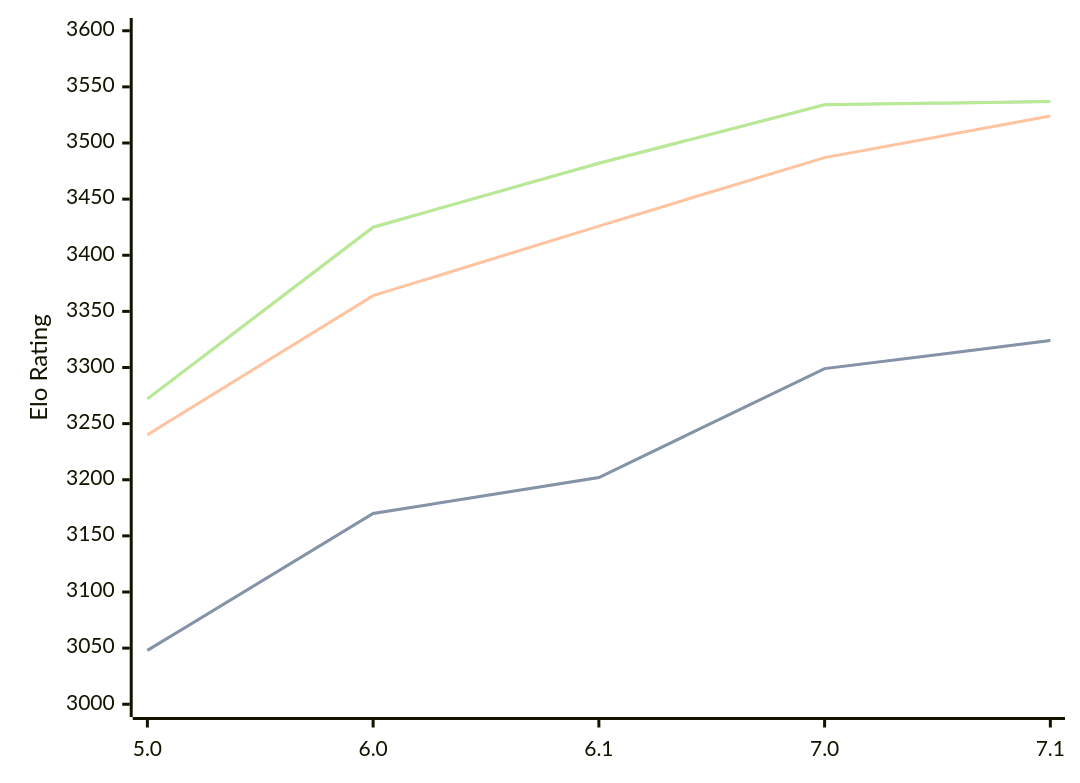
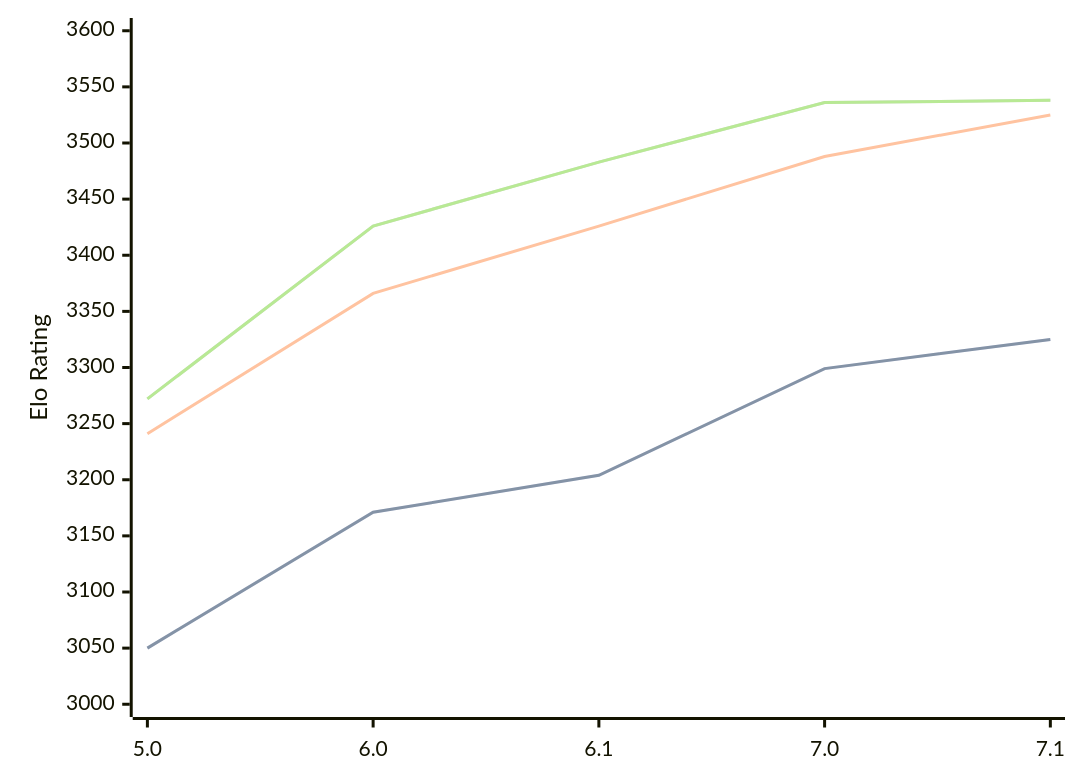
The diagram in engines/PZChessBot.md (computer-chess-index/cci), drawn with Mermaid before and after one commit. The commit also changed other lines of this file, not shown here.

Commit message:
Update CCI Ratings (ELO VLTC) - 2026-09-13

````diff
--- a/engines/PZChessBot.md
+++ b/engines/PZChessBot.md
@@ -35,11 +35,11 @@
 ```mermaid
 %%{init: {"theme":"base","themeVariables":{"seriesColors:['#a3a3a3','#222221','#faa371']}}}%%
 xychart-beta
   x-axis ["5.0", "6.0", "6.1", "7.0", "7.1"]
   y-axis "Elo Rating" 3000 --> 3600
-  line "" [3048, 3170, 3202, 3299, 3324]
-  line "STC (8.0+0.08s)" [3048, 3170, 3202, 3299, 3324]
-  line "LTC (60.0+0.60s)" [3240, 3364, 3426, 3487, 3524]
-  line "" [3272, 3425, 3482, 3534, 3537]
-  line "VLTC (2m24s+1.12s)" [3272, 3425, 3482, 3534, 3537]
+  line "" [3050, 3171, 3204, 3299, 3325]
+  line "STC (8.0+0.08s)" [3050, 3171, 3204, 3299, 3325]
+  line "LTC (60.0+0.60s)" [3241, 3366, 3426, 3488, 3525]
+  line "" [3272, 3426, 3483, 3536, 3538]
+  line "VLTC (2m24s+1.12s)" [3272, 3426, 3483, 3536, 3538]
 ```
````
